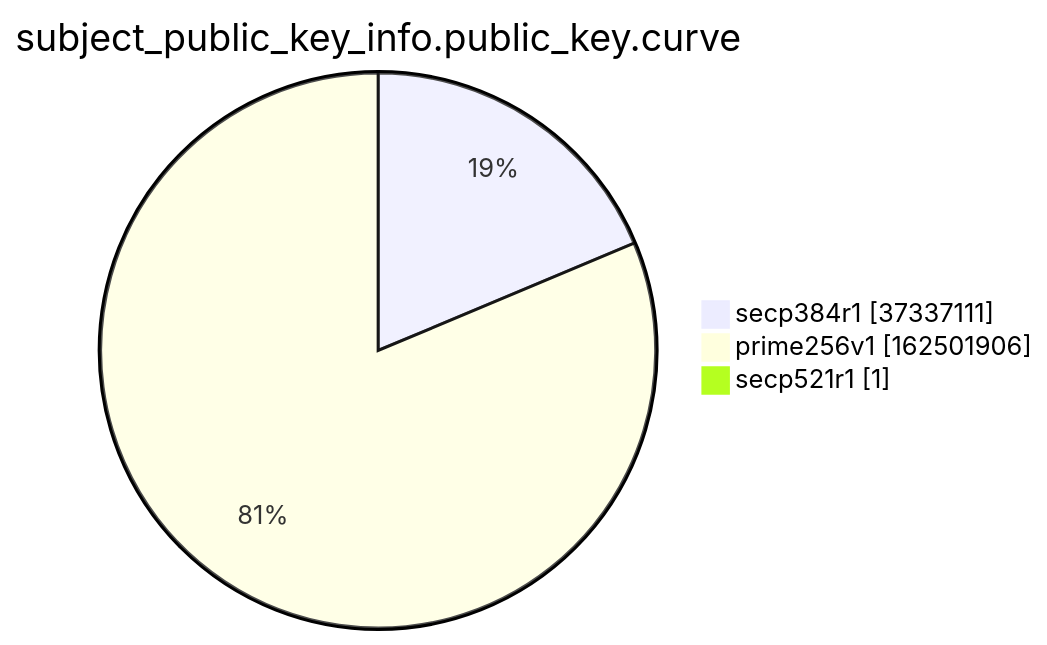
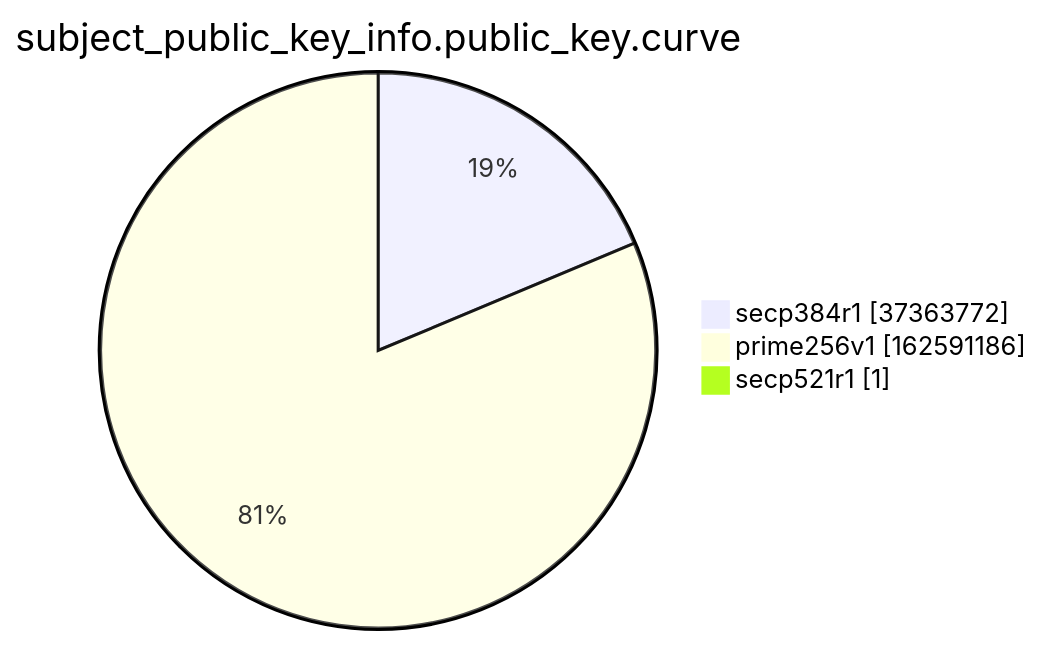
One commit to christiankrug/ctmonitor_visualization changed the ninth of 15 diagrams in argon2022/README.md. Above: the diagram before and after it, drawn with Mermaid. The commit also changed other lines of this file, not shown here.

````diff
--- a/argon2022/README.md
+++ b/argon2022/README.md
@@ -2766,7 +2766,7 @@
 ```mermaid
 pie showData
 title subject_public_key_info.public_key.curve
-"secp384r1" :37337111
-"prime256v1" :162501906
+"secp384r1" :37363772
+"prime256v1" :162591186
 "secp521r1" :1
 ```
````
